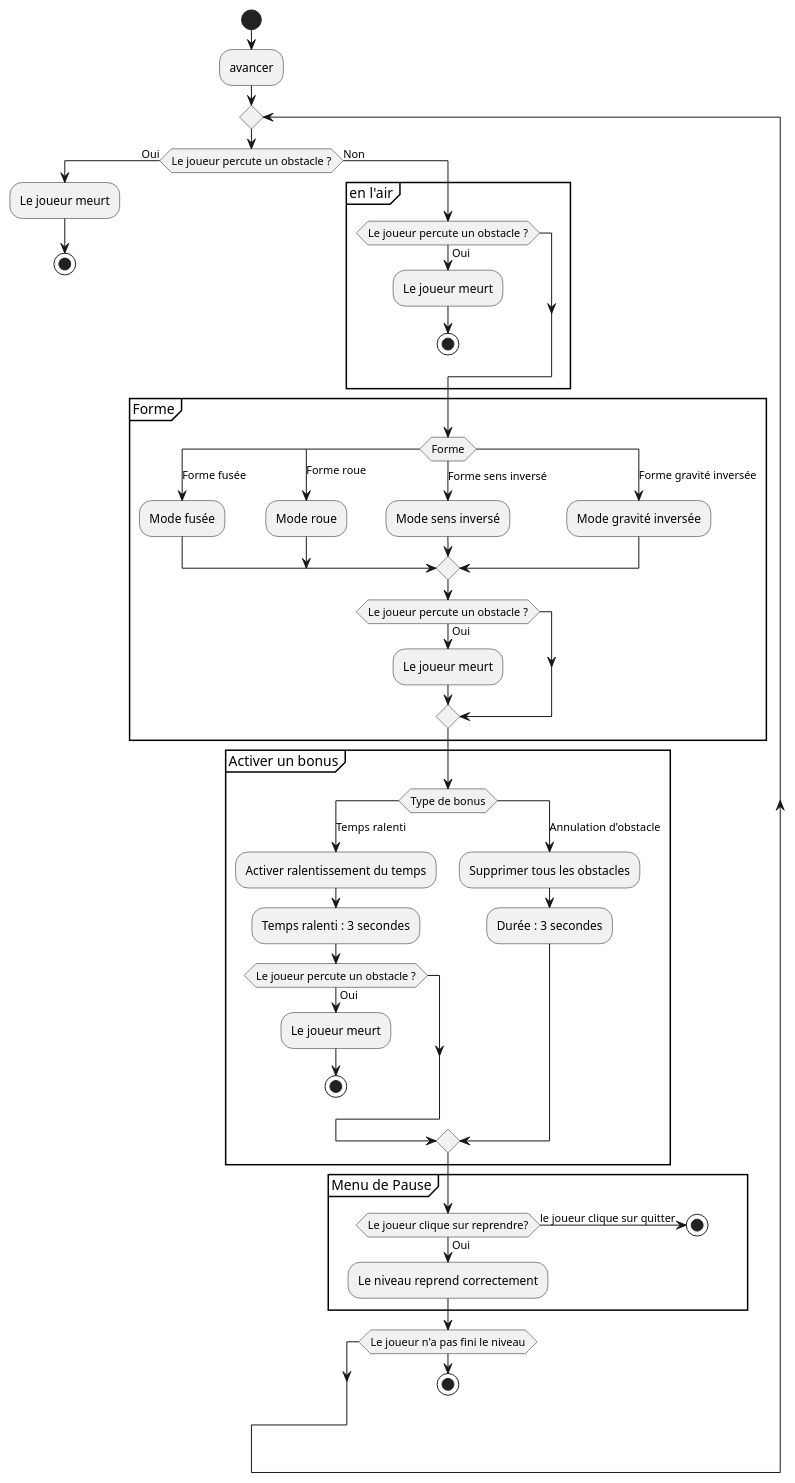
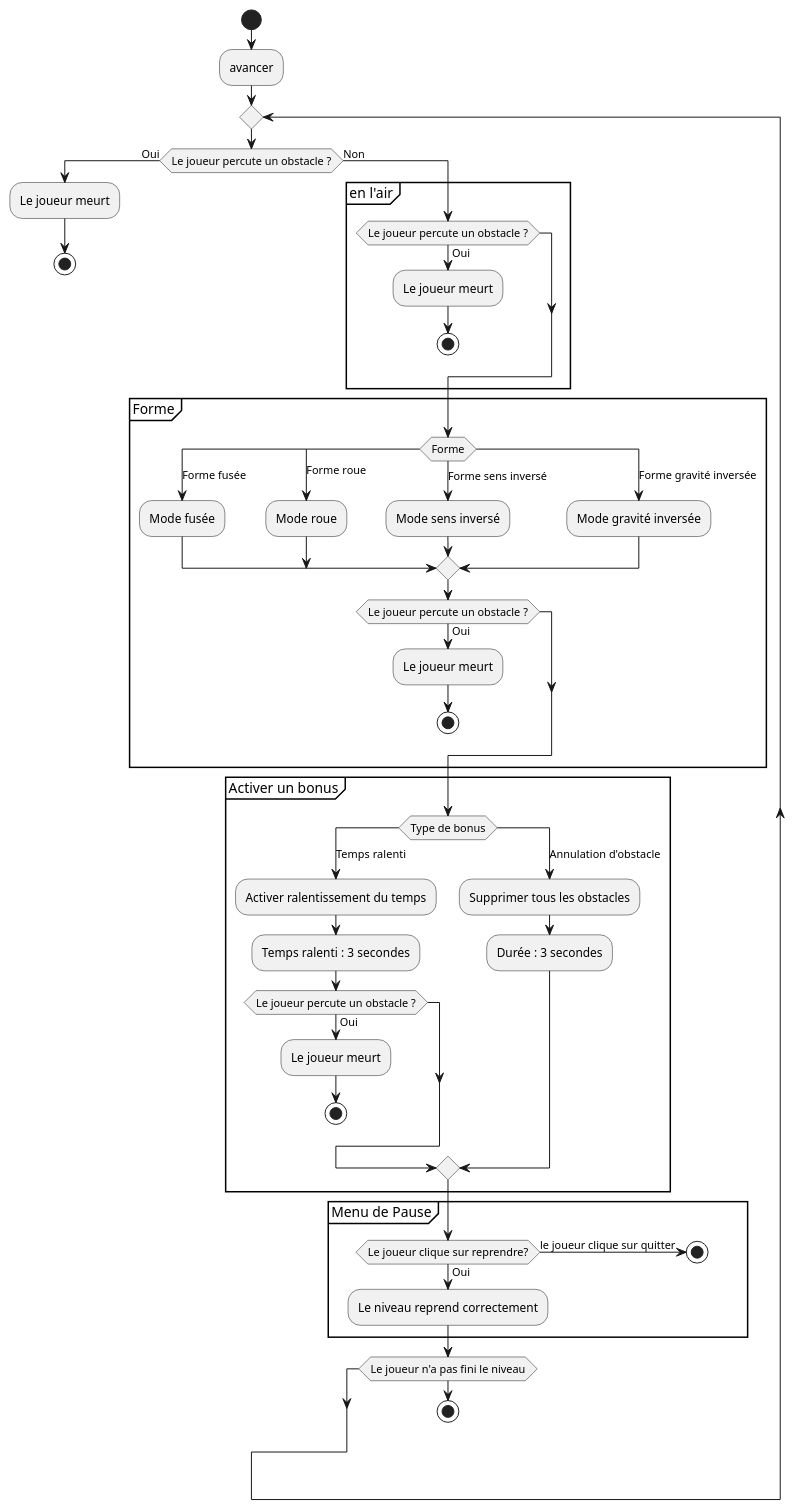
The diagram in Documentation/UML/state-diagram/state-diagram.puml (boudji-ludwig-pett/cnam-geometry-dash), drawn with PlantUML before and after one commit.

Commit message:
docs(uml): fix state-diagram

```diff
--- a/Documentation/UML/state-diagram/state-diagram.puml
+++ b/Documentation/UML/state-diagram/state-diagram.puml
@@ -1,61 +1,62 @@
 @startuml Geometry Dash - Diagramme d'etats du joueur
 
 start
 
 :avancer;
 
 repeat
     if (Le joueur percute un obstacle ?) then (Oui)
         :Le joueur meurt;
-         stop
+        stop
     else (Non)
         partition "en l'air" {
           if (Le joueur percute un obstacle ?) then (Oui)
             :Le joueur meurt;
             stop
           endif
         }
 
         partition "Forme" {
             switch (Forme)
               case (Forme fusée)
                 :Mode fusée;
               case (Forme roue)
                 :Mode roue;
               case (Forme sens inversé)
                 :Mode sens inversé;
               case (Forme gravité inversée)
                 :Mode gravité inversée;
             endswitch
             if (Le joueur percute un obstacle ?) then (Oui)
               :Le joueur meurt;
+              stop
             endif
         }
 
         partition "Activer un bonus"{
             switch (Type de bonus)
               case (Temps ralenti)
                 :Activer ralentissement du temps;
                 :Temps ralenti : 3 secondes;
                 if (Le joueur percute un obstacle ?) then (Oui)
                   :Le joueur meurt;
                   stop
                 endif
               case (Annulation d'obstacle)
                 :Supprimer tous les obstacles;
                 :Durée : 3 secondes;
             endswitch
         }
 
       partition "Menu de Pause" {
           if (Le joueur clique sur reprendre?) then (Oui)
               :Le niveau reprend correctement;
           else (le joueur clique sur quitter)
               stop
           endif
       }
 while (Le joueur n'a pas fini le niveau)
 
 stop
 
 @enduml
```
